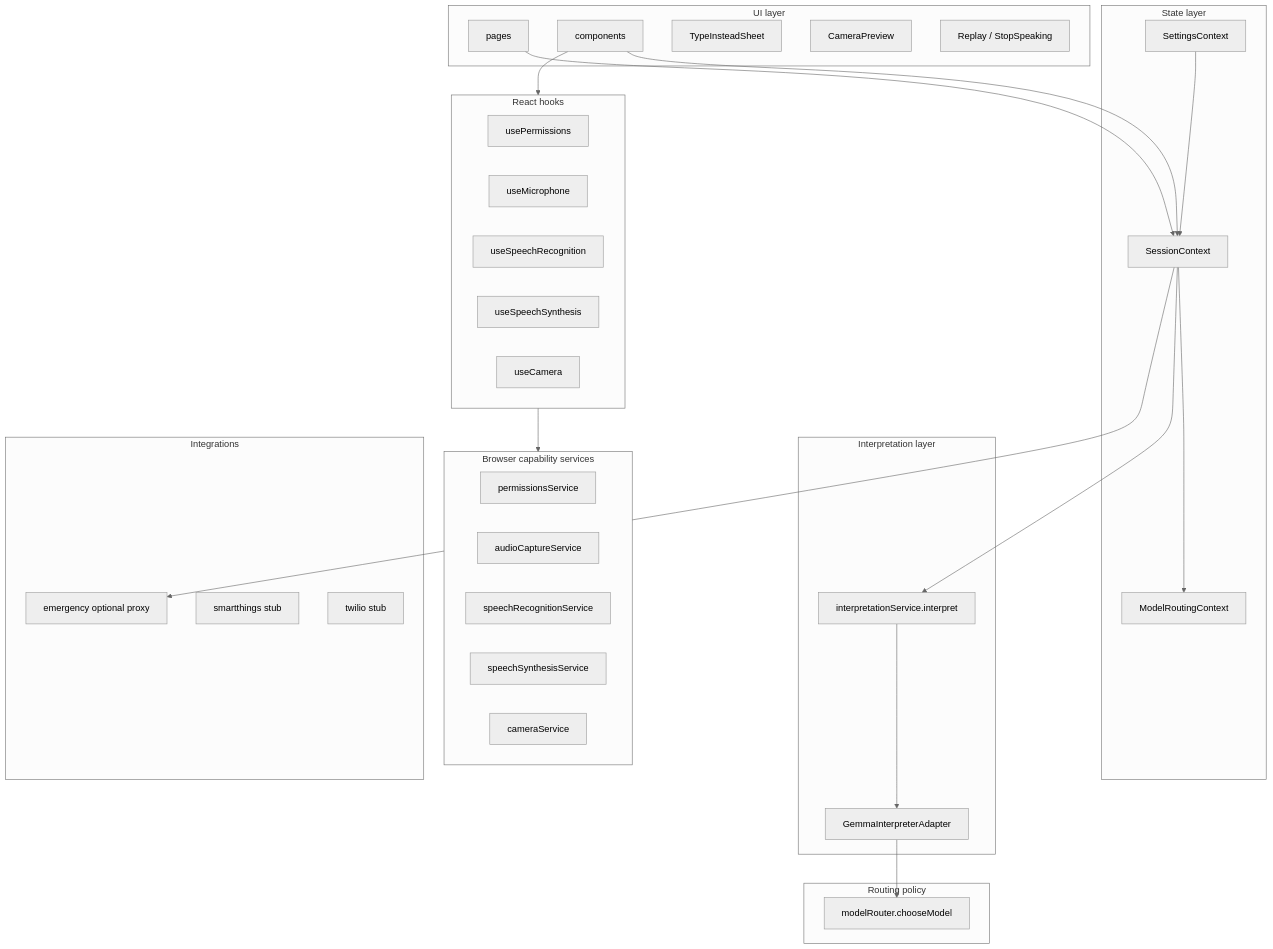
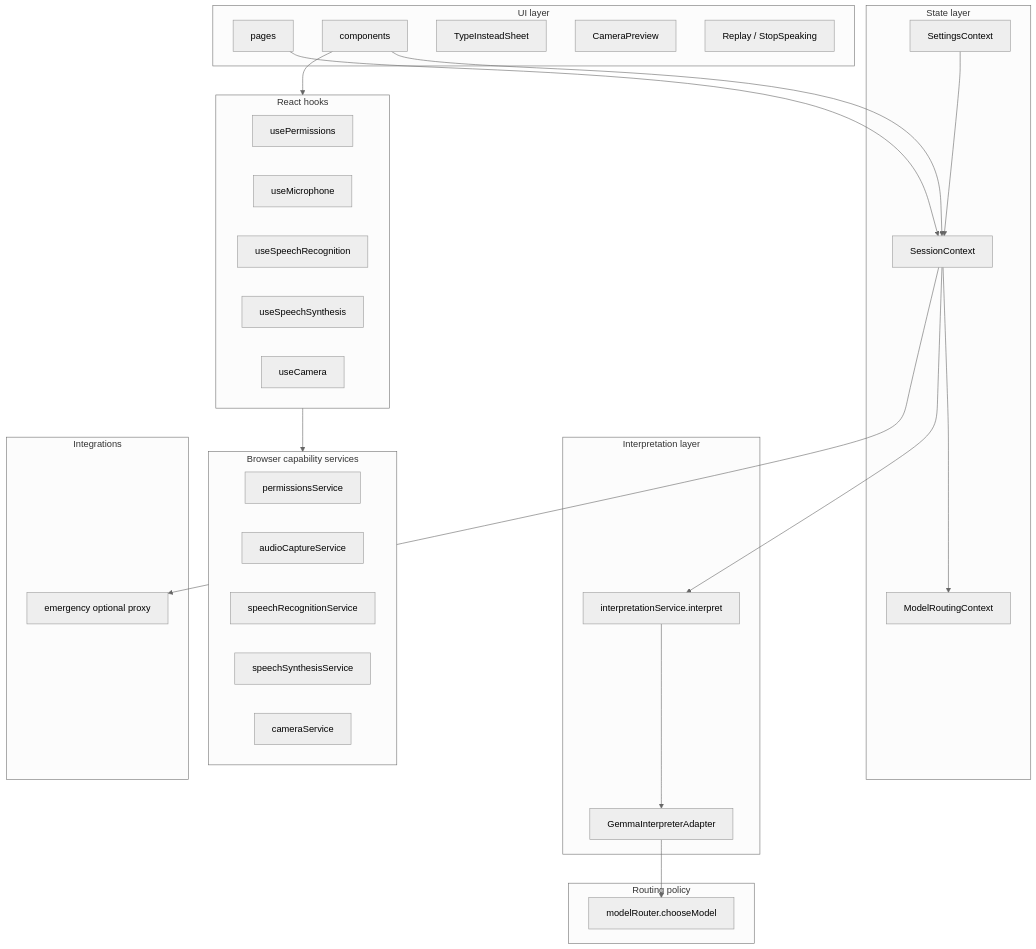
The diagram in docs/ARCHITECTURE.md (Manoj7ar/Relay), drawn with Mermaid (neutral theme) before and after one commit. The commit also changed other lines of this file and 23 other files, not shown here.

````diff
--- a/docs/ARCHITECTURE.md
+++ b/docs/ARCHITECTURE.md
@@ -13,52 +13,50 @@
 ```mermaid
 flowchart TB
   subgraph ui [UI layer]
     Pages[pages]
     Components[components]
     TypeSheet[TypeInsteadSheet]
     CamPreview[CameraPreview]
     Replay[Replay / StopSpeaking]
   end
   subgraph hooks [React hooks]
     usePerm[usePermissions]
     useMic[useMicrophone]
     useSTT[useSpeechRecognition]
     useTTS[useSpeechSynthesis]
     useCam[useCamera]
   end
   subgraph state [State layer]
     Session[SessionContext]
     RoutingCtx[ModelRoutingContext]
     Settings[SettingsContext]
   end
   subgraph interp [Interpretation layer]
     ISvc[interpretationService.interpret]
     GemmaAdapter[GemmaInterpreterAdapter]
   end
   subgraph browser [Browser capability services]
     PermSvc[permissionsService]
     AudioSvc[audioCaptureService]
     STTSvc[speechRecognitionService]
     TTSSvc[speechSynthesisService]
     CamSvc[cameraService]
   end
   subgraph routing [Routing policy]
     Router[modelRouter.chooseModel]
   end
   subgraph integrations [Integrations]
     Emergency[emergency optional proxy]
-    ST[smartthings stub]
-    Twilio[twilio stub]
   end
 
   Pages --> Session
   Components --> Session
   Components --> hooks
   hooks --> browser
   Session --> ISvc
   ISvc --> GemmaAdapter
   GemmaAdapter --> Router
   Session --> RoutingCtx
   Settings --> Session
   Session --> Emergency
 ```
````
